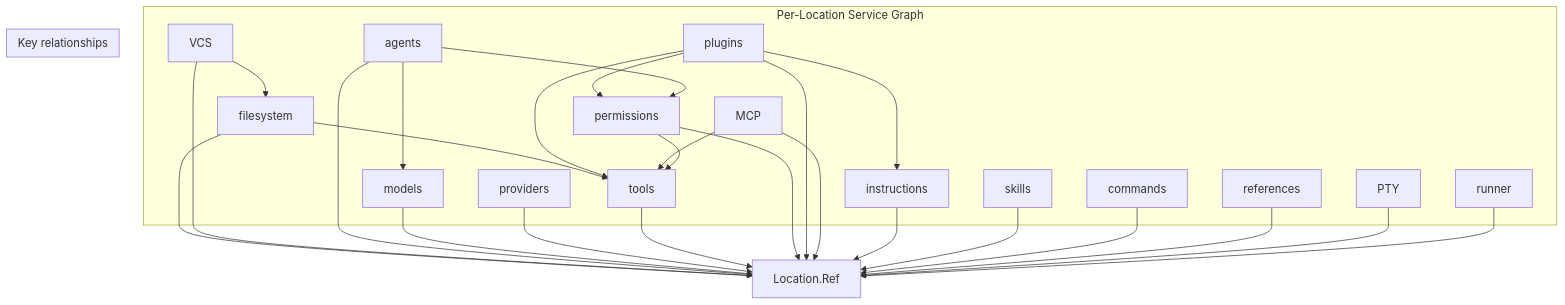
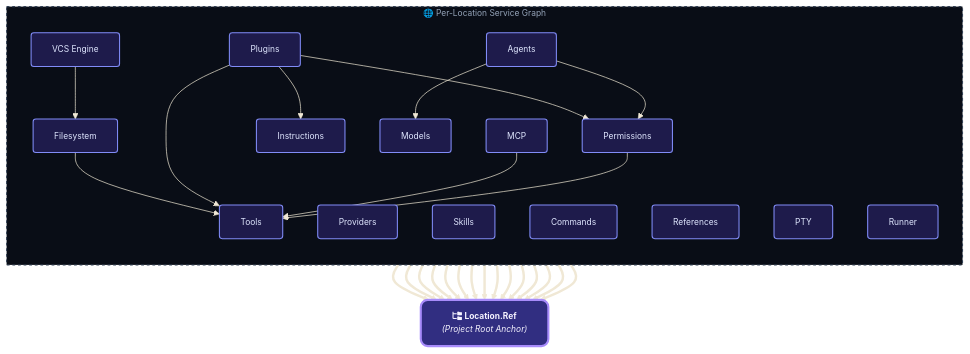
Diagram 11 of 21 in opencode-v2-internal-flowcharts.md (netplug-me/urban-octo-nerd), drawn with Mermaid before and after one commit. The commit also changed other lines of this file, not shown here.

````diff
--- a/opencode-v2-internal-flowcharts.md
+++ b/opencode-v2-internal-flowcharts.md
@@ -326,31 +394,40 @@
 ```mermaid
-graph TB
-    subgraph "Per-Location Service Graph"
-        FS[filesystem]
-        VCS[VCS]
-        AG[agents]
-        MD[models]
-        PR[providers]
-        TL[tools]
-        PM[permissions]
-        PL[plugins]
-        MC[MCP]
-        IN[instructions]
-        SK[skills]
-        CM[commands]
-        RE[references]
-        PT[PTY]
-        RU[runner]
+%%{init: {'theme': 'base', 'themeVariables': { 'fontFamily': 'Fira Code, monospace', 'fontSize': '12px', 'darkMode': true, 'background': '#0f172a'}}}%%
+flowchart TB
+    classDef root fill:#312e81,stroke:#a78bfa,stroke-width:3px,color:#f5f3ff,rx:10px,ry:10px;
+    classDef item fill:#1e1b4b,stroke:#818cf8,stroke-width:1.5px,color:#e0e7ff,rx:4px,ry:4px;
+    classDef subStyle fill:#090d16,stroke:#334155,stroke-width:1.5px,stroke-dasharray: 4 4,color:#94a3b8;
+
+    subgraph GRAPH[" 🌐 Per-Location Service Graph "]
+        direction TB
+        FS["Filesystem"]:::item
+        VCS["VCS Engine"]:::item
+        AG["Agents"]:::item
+        MD["Models"]:::item
+        PR["Providers"]:::item
+        TL["Tools"]:::item
+        PM["Permissions"]:::item
+        PL["Plugins"]:::item
+        MC["MCP"]:::item
+        IN["Instructions"]:::item
+        SK["Skills"]:::item
+        CM["Commands"]:::item
+        RE["References"]:::item
+        PT["PTY"]:::item
+        RU["Runner"]:::item
     end
 
-    subgraph "Key relationships"
-        FS --> TL
-        VCS --> FS
-        PL --> TL & PM & IN
-        AG --> MD & PM
-        MC --> TL
-        PM --> TL
-    end
+    Loc["fa:fa-folder-tree <b>Location.Ref</b><br/><i>(Project Root Anchor)</i>"]:::root
 
-    FS & VCS & AG & MD & PR & TL & PM & PL & MC & IN & SK & CM & RE & PT & RU --> Loc[Location.Ref]
+    %% Dependency Wiring
+    VCS --> FS
+    FS --> TL
+    PL --> TL & PM & IN
+    AG --> MD & PM
+    MC --> TL
+    PM --> TL
+
+    FS & VCS & AG & MD & PR & TL & PM & PL & MC & IN & SK & CM & RE & PT & RU ==> Loc
+
+    class GRAPH subStyle;
 ```
````
